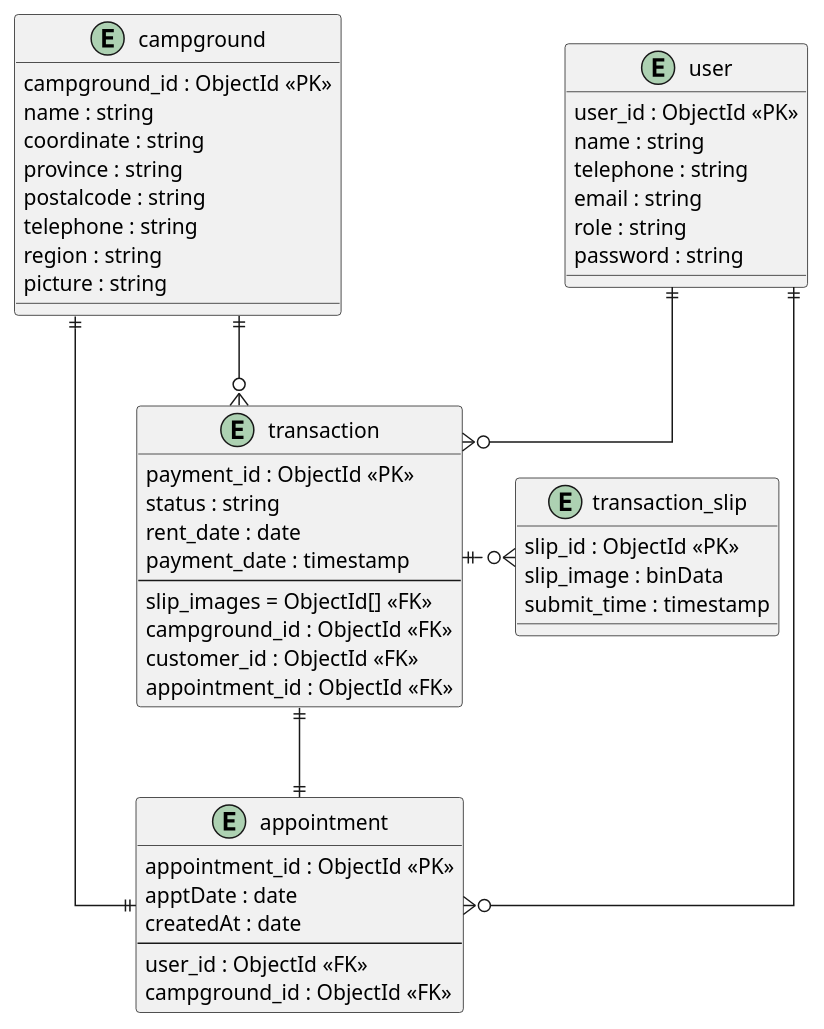
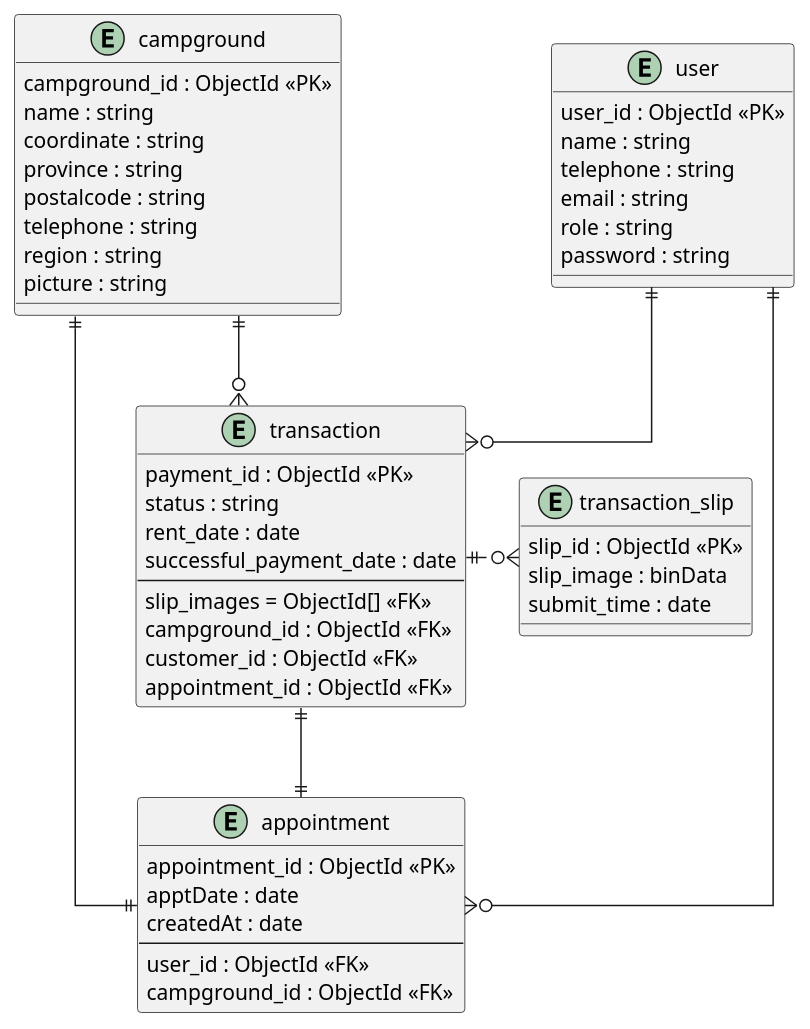
Before and after one commit to FaiiFaiipuipui/CEDT_Y1T2_backend-campgroundbooking: the diagram in models/DatabaseSchema.puml, drawn with PlantUML.

Commit message:
Update model in DatabaseSchema.puml

```diff
--- a/models/DatabaseSchema.puml
+++ b/models/DatabaseSchema.puml
@@ -1,60 +1,60 @@
 @startuml DatabaseSchema
 
 skinparam Linetype ortho
 
 entity campground {
   campground_id : ObjectId <<PK>>
   name : string
   coordinate : string
   province : string
   postalcode : string
   telephone : string
   region : string
   picture : string
 }
 entity appointment {
   appointment_id : ObjectId <<PK>>
   apptDate : date
   createdAt : date
   --
   user_id : ObjectId <<FK>>
   campground_id : ObjectId <<FK>>
 }
 
 entity user {
   user_id : ObjectId <<PK>>
   name : string
   telephone : string
   email : string
   role : string
   password : string
 }
 
 entity transaction {
   payment_id : ObjectId <<PK>>
   status : string /' status: [PENDING, COMPLETE, REJECTED, CANCELED] '/
   rent_date : date
-  payment_date : timestamp
+  successful_payment_date : date
   --
   slip_images = ObjectId[] <<FK>>
   campground_id : ObjectId <<FK>>
   customer_id : ObjectId <<FK>>
   appointment_id : ObjectId <<FK>>
 }
 
 
 
 entity transaction_slip {
   slip_id : ObjectId <<PK>>
   slip_image : binData /' image file, must be compressed to be less than 2 MB preferrably for efficient database querying, and for storage efficiency (mongoDB BSON max size is 16 MB) '/
-  submit_time : timestamp
+  submit_time : date
 }
 
 ' entity relation
 user ||--o{ appointment
 user ||--o{ transaction
 campground ||--|| appointment
 campground ||--o{ transaction
 transaction ||.right.o{ transaction_slip /' ONE to ZERO_OR_MANY '/
 transaction ||--|| appointment
 @enduml
```
